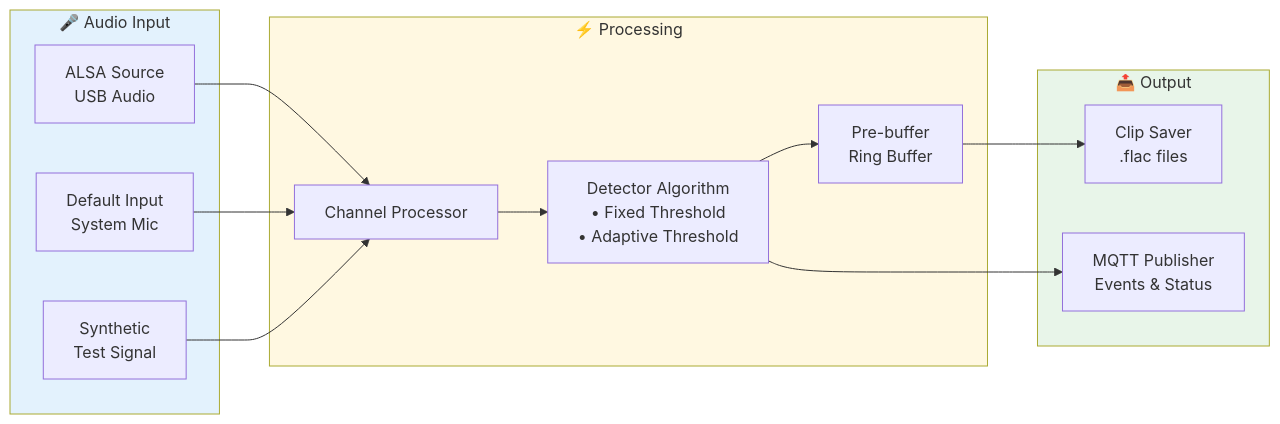
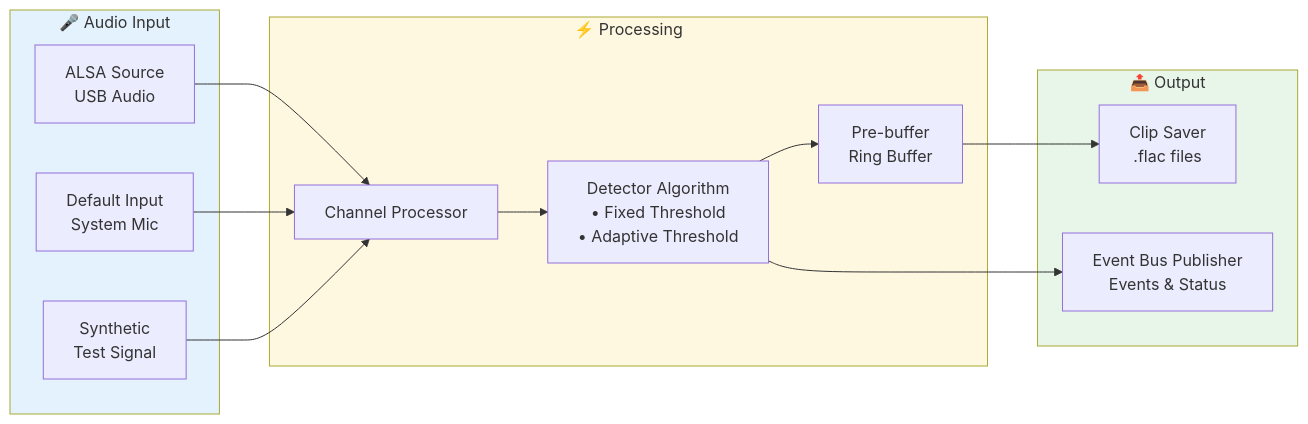
The fourth of 10 diagrams in docs/ARCHITECTURE.md (scottchronicity/orpheus), drawn with Mermaid before and after one commit. The commit also changed other lines of this file and 624 other files, not shown here.

````diff
--- a/docs/ARCHITECTURE.md
+++ b/docs/ARCHITECTURE.md
@@ -149,31 +158,31 @@
 ```mermaid
 graph LR
     subgraph Input["🎤 Audio Input"]
         ALSA[ALSA Source<br/>USB Audio]
         DEFAULT[Default Input<br/>System Mic]
         SYNTH[Synthetic<br/>Test Signal]
     end
 
     subgraph Processing["⚡ Processing"]
         PROC[Channel Processor]
         DET[Detector Algorithm<br/>• Fixed Threshold<br/>• Adaptive Threshold]
         BUF[Pre-buffer<br/>Ring Buffer]
     end
 
     subgraph Output["📤 Output"]
         CLIP[Clip Saver<br/>.flac files]
-        PUB[MQTT Publisher<br/>Events & Status]
+        PUB[Event Bus Publisher<br/>Events & Status]
     end
 
     ALSA --> PROC
     DEFAULT --> PROC
     SYNTH --> PROC
     PROC --> DET
     DET --> BUF
     BUF --> CLIP
     DET --> PUB
 
     style Input fill:#e3f2fd
     style Processing fill:#fff8e1
     style Output fill:#e8f5e9
 ```
````
